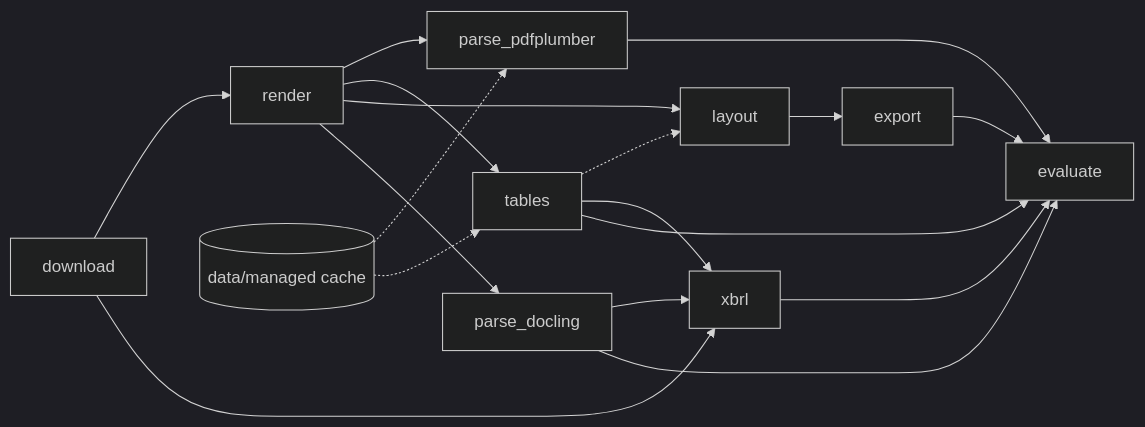
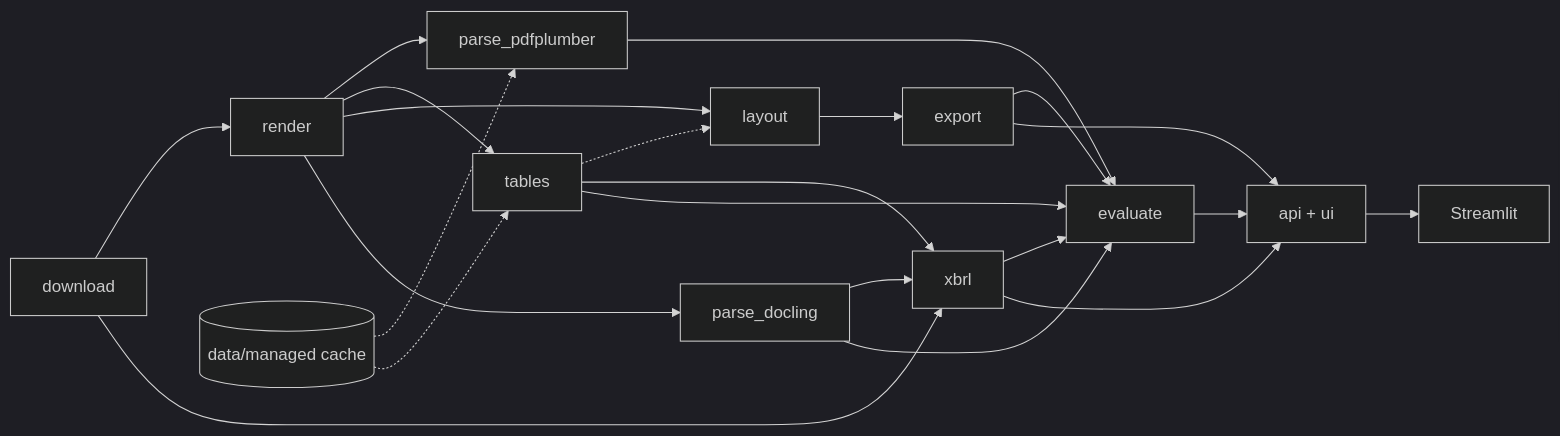
Before and after one commit to codeofduty3/lantern: the diagram in README.md, drawn with Mermaid (dark theme). The commit also changed other lines of this file and 142 other files, not shown here.

First line of the commit message:
Add Part 12 serving layer: FastAPI API + Streamlit UI

````diff
--- a/README.md
+++ b/README.md
@@ -13,20 +13,24 @@
 ```mermaid
 flowchart LR
   download --> render
   render --> parse_pdfplumber
   render --> tables
   render --> layout
   render --> parse_docling
   tables -.-> layout
   layout --> export
   tables --> xbrl
   parse_docling --> xbrl
   download --> xbrl
   parse_pdfplumber --> evaluate
   tables --> evaluate
   parse_docling --> evaluate
   export --> evaluate
   xbrl --> evaluate
   managed[(data/managed cache)] -.-> parse_pdfplumber
   managed -.-> tables
+  export --> serve
+  xbrl --> serve
+  evaluate --> serve
+  serve[api + ui] --> explore[Streamlit]
 ```
````
